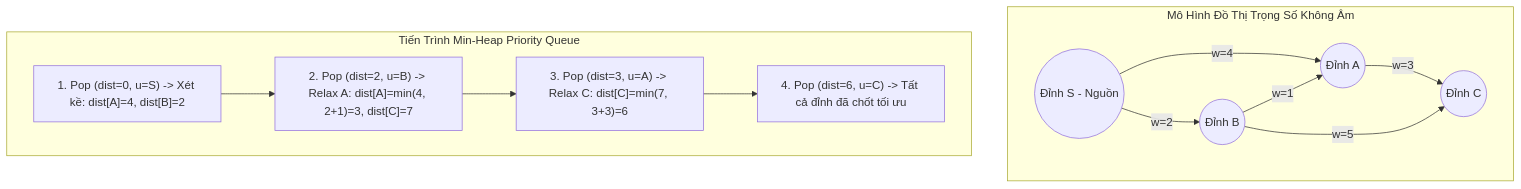
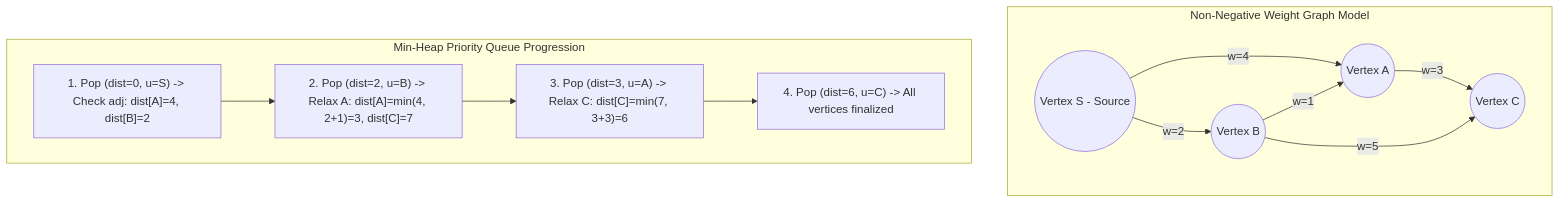
One commit to ga2631/ga2631.github.io changed the diagram in src/data/blog/en/37-2026-06-11-dijkstra-shortest-path-algorithm-priority-queue-cpp.md. Above: the diagram before and after it, drawn with Mermaid. The commit also changed other lines of this file and 74 other files, not shown here.

````diff
--- a/src/data/blog/en/37-2026-06-11-dijkstra-shortest-path-algorithm-priority-queue-cpp.md
+++ b/src/data/blog/en/37-2026-06-11-dijkstra-shortest-path-algorithm-priority-queue-cpp.md
@@ -56,16 +56,16 @@
 ```mermaid
 flowchart TD
-    subgraph GraphTopology [Mô Hình Đồ Thị Trọng Số Không Âm]
-        S((Đỉnh S - Nguồn)) -->|w=4| A((Đỉnh A))
-        S -->|w=2| B((Đỉnh B))
+    subgraph GraphTopology [Non-Negative Weight Graph Model]
+        S((Vertex S - Source)) -->|w=4| A((Vertex A))
+        S -->|w=2| B((Vertex B))
         B -->|w=1| A
-        B -->|w=5| C((Đỉnh C))
+        B -->|w=5| C((Vertex C))
         A -->|w=3| C
     end
 
-    subgraph MinHeapProgression [Tiến Trình Min-Heap Priority Queue]
-        H1["1. Pop (dist=0, u=S) -> Xét kề: dist[A]=4, dist[B]=2"] --> H2["2. Pop (dist=2, u=B) -> Relax A: dist[A]=min(4, 2+1)=3, dist[C]=7"]
+    subgraph MinHeapProgression [Min-Heap Priority Queue Progression]
+        H1["1. Pop (dist=0, u=S) -> Check adj: dist[A]=4, dist[B]=2"] --> H2["2. Pop (dist=2, u=B) -> Relax A: dist[A]=min(4, 2+1)=3, dist[C]=7"]
         H2 --> H3["3. Pop (dist=3, u=A) -> Relax C: dist[C]=min(7, 3+3)=6"]
-        H3 --> H4["4. Pop (dist=6, u=C) -> Tất cả đỉnh đã chốt tối ưu"]
+        H3 --> H4["4. Pop (dist=6, u=C) -> All vertices finalized"]
     end
 ```
````
